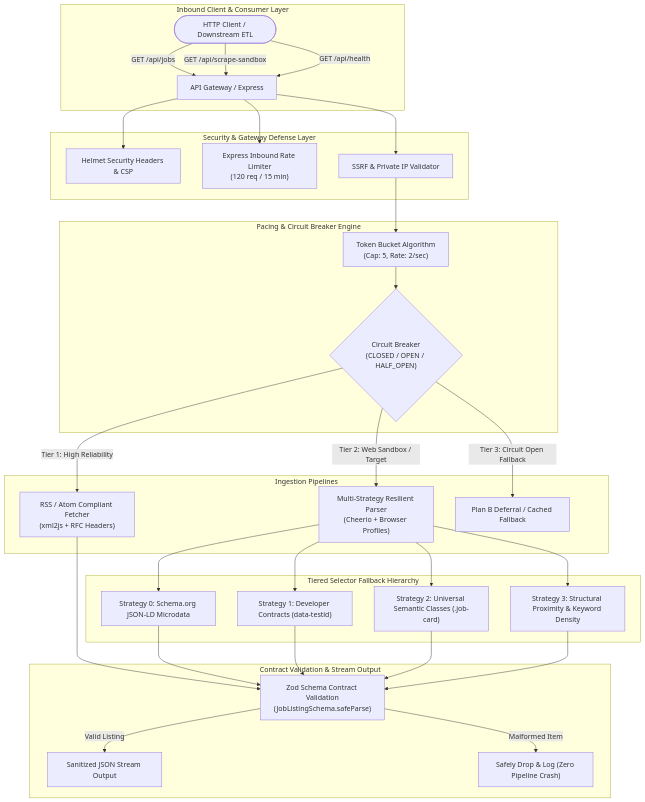
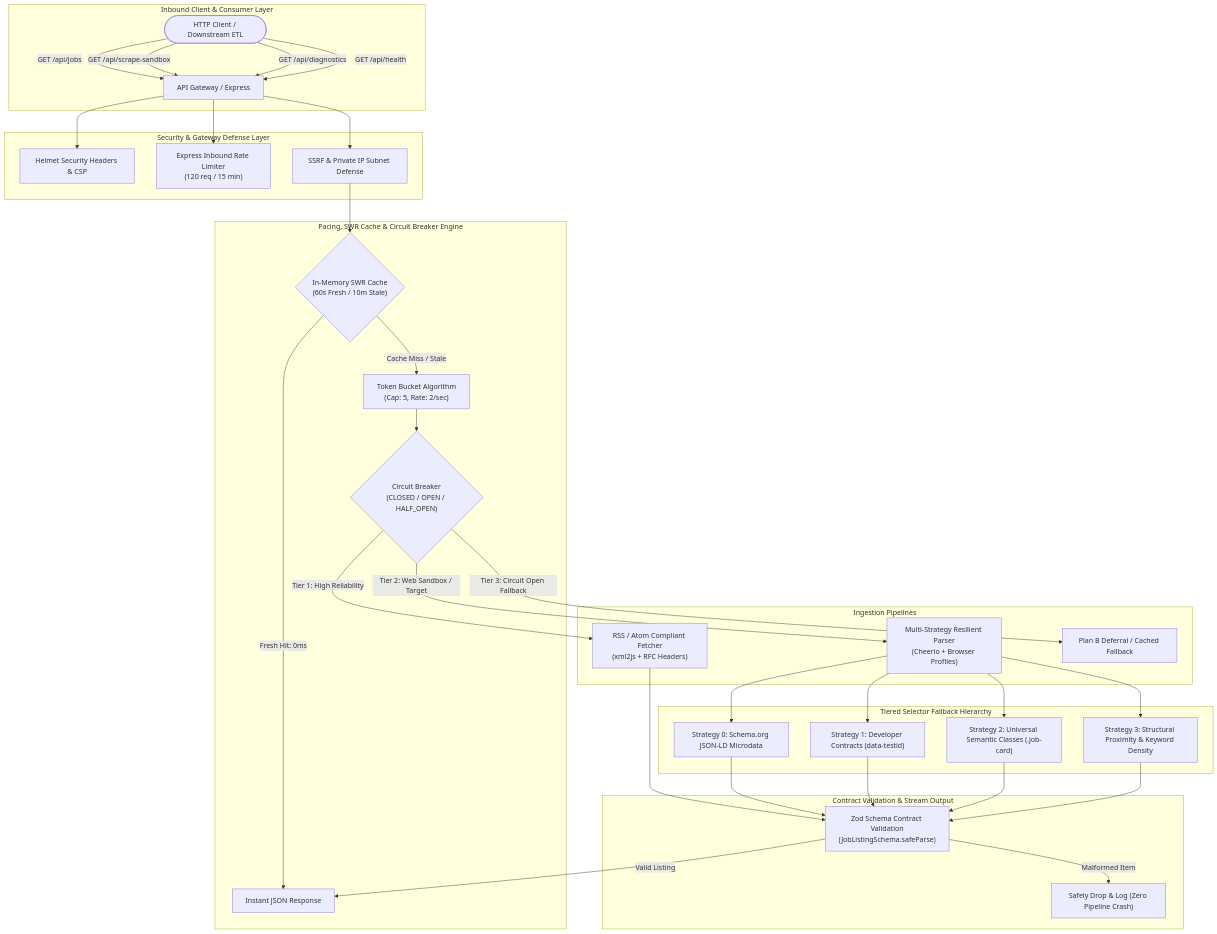
Before and after one commit to justsarx/Acdyon-Ingestion-Engine: the first of 3 diagrams in architecture_reference.md, drawn with Mermaid. The commit also changed other lines of this file and 2 other files, not shown here.

Commit message:
docs: complete synchronized architectural reference, design documentation, and README compliance matrix

````diff
--- a/architecture_reference.md
+++ b/architecture_reference.md
@@ -13,43 +15,46 @@
 ```mermaid
 flowchart TD
     subgraph ClientLayer["Inbound Client & Consumer Layer"]
         Client(["HTTP Client / Downstream ETL"]) -->|GET /api/jobs| GW["API Gateway / Express"]
         Client -->|GET /api/scrape-sandbox| GW
+        Client -->|GET /api/diagnostics| GW
         Client -->|GET /api/health| GW
     end
 
     subgraph SecurityLayer["Security & Gateway Defense Layer"]
         GW --> Helmet["Helmet Security Headers & CSP"]
         GW --> APILimiter["Express Inbound Rate Limiter<br/>(120 req / 15 min)"]
-        GW --> SSRF["SSRF & Private IP Validator"]
+        GW --> SSRF["SSRF & Private IP Subnet Defense"]
     end
 
-    subgraph PacingCircuit["Pacing & Circuit Breaker Engine"]
-        SSRF --> TokenBucketPacer["Token Bucket Algorithm<br/>(Cap: 5, Rate: 2/sec)"]
+    subgraph CachingPacing["Pacing, SWR Cache & Circuit Breaker Engine"]
+        SSRF --> SWRCache{"In-Memory SWR Cache<br/>(60s Fresh / 10m Stale)"}
+        SWRCache -->|Fresh Hit: 0ms| StreamOutput["Instant JSON Response"]
+        SWRCache -->|Cache Miss / Stale| TokenBucketPacer["Token Bucket Algorithm<br/>(Cap: 5, Rate: 2/sec)"]
         TokenBucketPacer --> CircuitBreaker{"Circuit Breaker<br/>(CLOSED / OPEN / HALF_OPEN)"}
     end
 
     subgraph IngestionEngines["Ingestion Pipelines"]
         CircuitBreaker -->|"Tier 1: High Reliability"| RSSModule["RSS / Atom Compliant Fetcher<br/>(xml2js + RFC Headers)"]
         CircuitBreaker -->|"Tier 2: Web Sandbox / Target"| HTMLModule["Multi-Strategy Resilient Parser<br/>(Cheerio + Browser Profiles)"]
         CircuitBreaker -->|"Tier 3: Circuit Open Fallback"| PlanBQueue["Plan B Deferral / Cached Fallback"]
     end
 
     subgraph SelectorHierarchy["Tiered Selector Fallback Hierarchy"]
         HTMLModule --> S0["Strategy 0: Schema.org JSON-LD Microdata"]
         HTMLModule --> S1["Strategy 1: Developer Contracts (data-testid)"]
         HTMLModule --> S2["Strategy 2: Universal Semantic Classes (.job-card)"]
         HTMLModule --> S3["Strategy 3: Structural Proximity & Keyword Density"]
     end
 
     subgraph ValidationOutput["Contract Validation & Stream Output"]
         RSSModule --> ZodEngine["Zod Schema Contract Validation<br/>(JobListingSchema.safeParse)"]
         S0 --> ZodEngine
         S1 --> ZodEngine
         S2 --> ZodEngine
         S3 --> ZodEngine
 
-        ZodEngine -->|Valid Listing| Stream["Sanitized JSON Stream Output"]
+        ZodEngine -->|Valid Listing| StreamOutput
         ZodEngine -->|Malformed Item| DropLog["Safely Drop & Log (Zero Pipeline Crash)"]
     end
 ```
````
